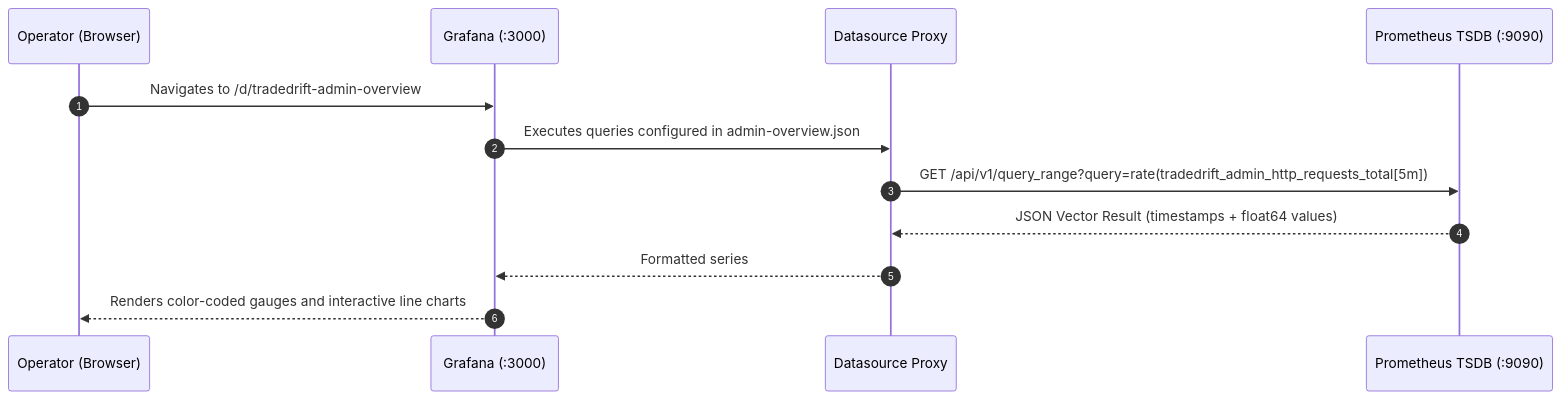
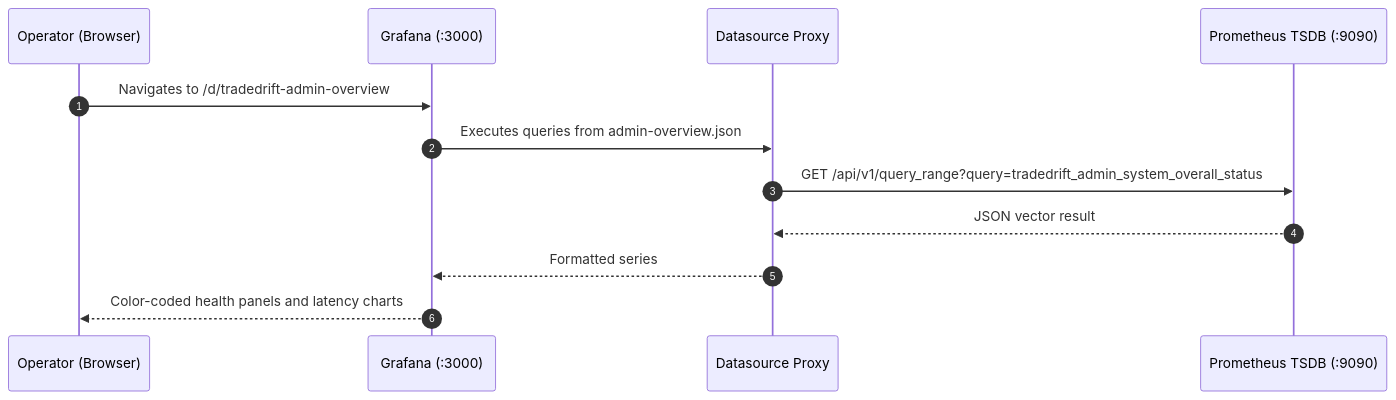
The second of 3 diagrams in monitoring/README.md (akhilbabu26/tradedrift), drawn with Mermaid before and after one commit. The commit also changed other lines of this file and 34 other files, not shown here.

````diff
--- a/monitoring/README.md
+++ b/monitoring/README.md
@@ -250,15 +233,15 @@
 ```mermaid
 sequenceDiagram
     autonumber
     participant User as Operator (Browser)
     participant Grafana as Grafana (:3000)
     participant DS as Datasource Proxy
     participant Prom as Prometheus TSDB (:9090)
 
     User->>Grafana: Navigates to /d/tradedrift-admin-overview
-    Grafana->>DS: Executes queries configured in admin-overview.json
-    DS->>Prom: GET /api/v1/query_range?query=rate(tradedrift_admin_http_requests_total[5m])
-    Prom-->>DS: JSON Vector Result (timestamps + float64 values)
+    Grafana->>DS: Executes queries from admin-overview.json
+    DS->>Prom: GET /api/v1/query_range?query=tradedrift_admin_system_overall_status
+    Prom-->>DS: JSON vector result
     DS-->>Grafana: Formatted series
-    Grafana-->>User: Renders color-coded gauges and interactive line charts
+    Grafana-->>User: Color-coded health panels and latency charts
 ```
````
